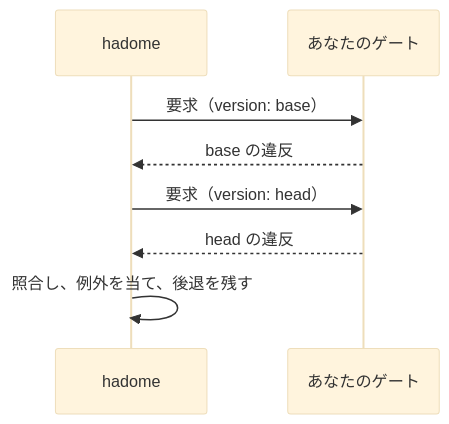
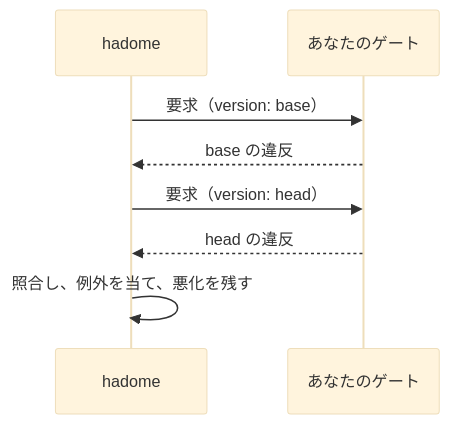
Before and after one commit to rerorets/hadome: the diagram in docs/external-gates.ja.md, drawn with Mermaid (base theme). The commit also changed other lines of this file and 37 other files, not shown here.

````diff
--- a/docs/external-gates.ja.md
+++ b/docs/external-gates.ja.md
@@ -37,10 +37,10 @@
 ```mermaid
 sequenceDiagram
   participant H as hadome
   participant G as あなたのゲート
   H->>G: 要求（version: base）
   G-->>H: base の違反
   H->>G: 要求（version: head）
   G-->>H: head の違反
-  H->>H: 照合し、例外を当て、後退を残す
+  H->>H: 照合し、例外を当て、悪化を残す
 ```
````
